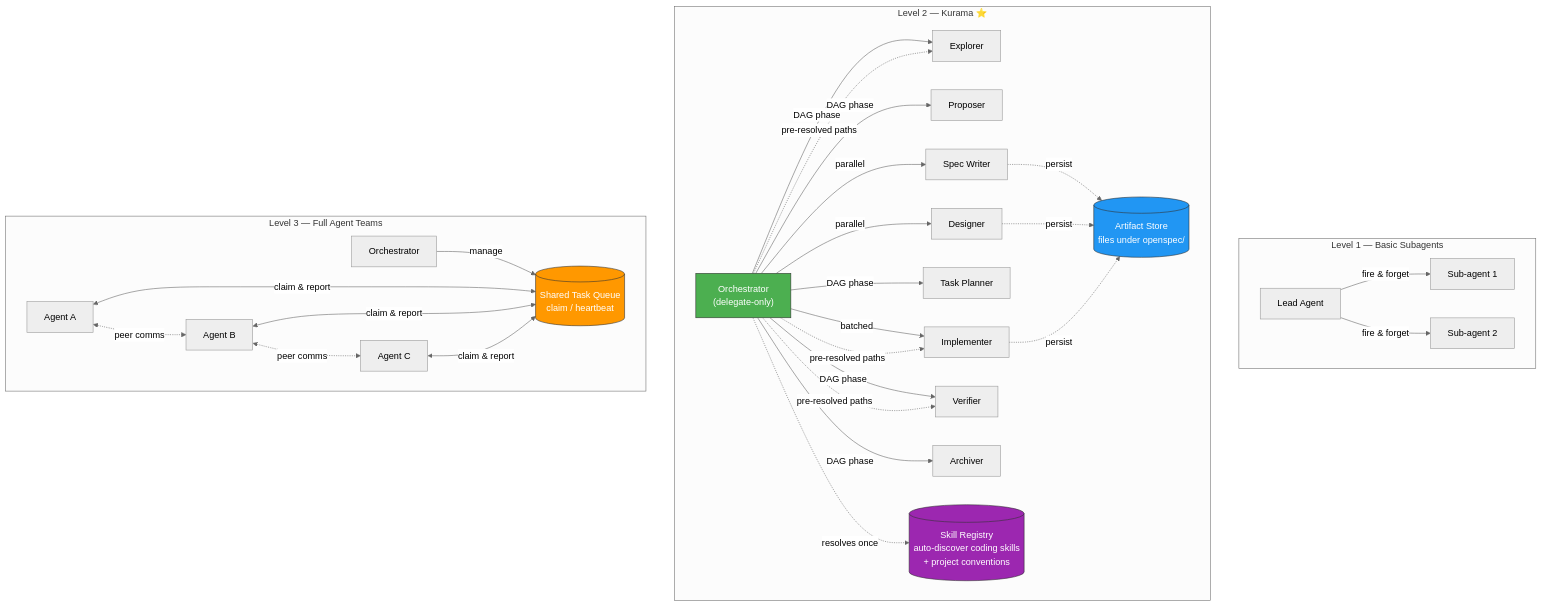
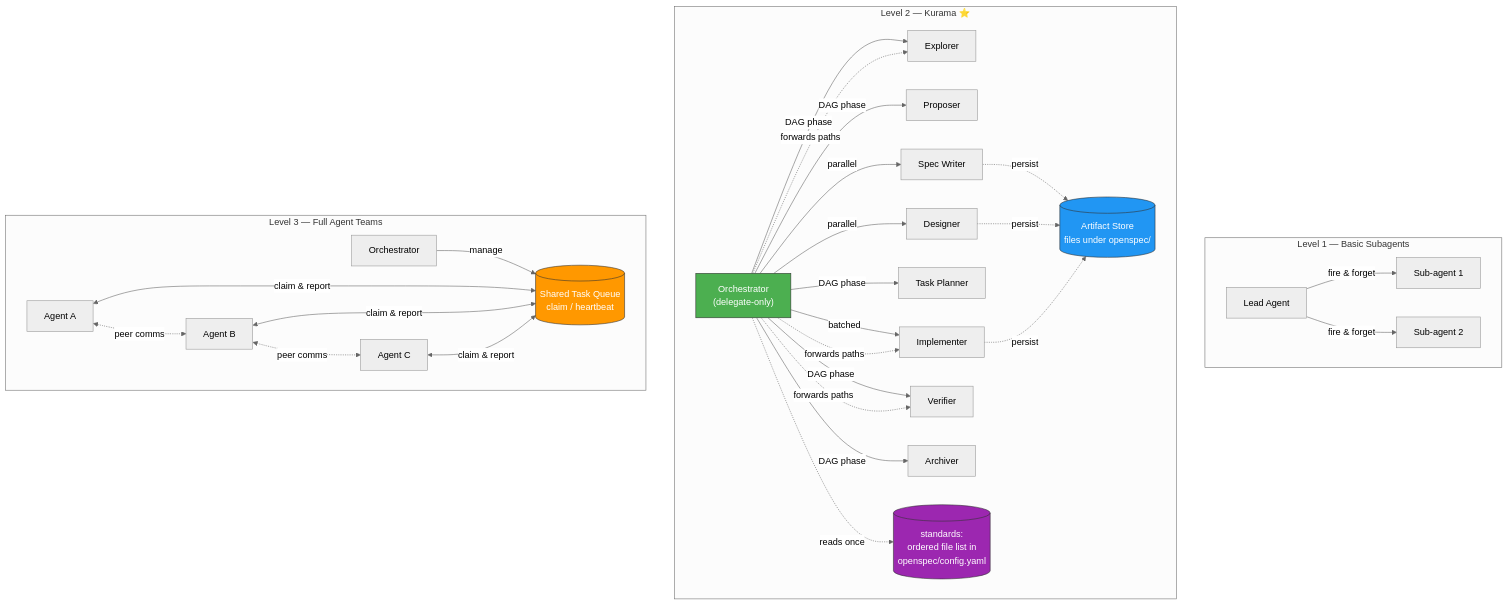
One commit to myst4/kurama changed the diagram in docs/architecture.md. Above: the diagram before and after it, drawn with Mermaid (neutral theme). The commit also changed other lines of this file and 9 other files, not shown here.

First line of the commit message:
docs: the registry is gone, standards: is the documented surface

````diff
--- a/docs/architecture.md
+++ b/docs/architecture.md
@@ -11,61 +11,61 @@
 ```mermaid
 graph TB
     subgraph "Level 1 — Basic Subagents"
         L1_Lead["Lead Agent"]
         L1_Sub1["Sub-agent 1"]
         L1_Sub2["Sub-agent 2"]
         L1_Lead -->|"fire & forget"| L1_Sub1
         L1_Lead -->|"fire & forget"| L1_Sub2
     end
 
     subgraph "Level 2 — Kurama ⭐"
         L2_Orch["Orchestrator<br/>(delegate-only)"]
         L2_Explore["Explorer"]
         L2_Propose["Proposer"]
         L2_Spec["Spec Writer"]
         L2_Design["Designer"]
         L2_Tasks["Task Planner"]
         L2_Apply["Implementer"]
         L2_Verify["Verifier"]
         L2_Archive["Archiver"]
 
         L2_Orch -->|"DAG phase"| L2_Explore
         L2_Orch -->|"DAG phase"| L2_Propose
         L2_Orch -->|"parallel"| L2_Spec
         L2_Orch -->|"parallel"| L2_Design
         L2_Orch -->|"DAG phase"| L2_Tasks
         L2_Orch -->|"batched"| L2_Apply
         L2_Orch -->|"DAG phase"| L2_Verify
         L2_Orch -->|"DAG phase"| L2_Archive
 
         L2_Store[("Artifact Store<br/>files under openspec/")]
-        L2_Registry[("Skill Registry<br/>auto-discover coding skills<br/>+ project conventions")]
+        L2_Standards[("standards:<br/>ordered file list in<br/>openspec/config.yaml")]
         L2_Spec -.->|"persist"| L2_Store
         L2_Design -.->|"persist"| L2_Store
         L2_Apply -.->|"persist"| L2_Store
-        L2_Orch -.->|"resolves once"| L2_Registry
-        L2_Orch -.->|"pre-resolved paths"| L2_Explore
-        L2_Orch -.->|"pre-resolved paths"| L2_Apply
-        L2_Orch -.->|"pre-resolved paths"| L2_Verify
+        L2_Orch -.->|"reads once"| L2_Standards
+        L2_Orch -.->|"forwards paths"| L2_Explore
+        L2_Orch -.->|"forwards paths"| L2_Apply
+        L2_Orch -.->|"forwards paths"| L2_Verify
     end
 
     subgraph "Level 3 — Full Agent Teams"
         L3_Orch["Orchestrator"]
         L3_A1["Agent A"]
         L3_A2["Agent B"]
         L3_A3["Agent C"]
         L3_Queue[("Shared Task Queue<br/>claim / heartbeat")]
 
         L3_Orch -->|"manage"| L3_Queue
         L3_A1 <-->|"claim & report"| L3_Queue
         L3_A2 <-->|"claim & report"| L3_Queue
         L3_A3 <-->|"claim & report"| L3_Queue
         L3_A1 <-.->|"peer comms"| L3_A2
         L3_A2 <-.->|"peer comms"| L3_A3
     end
 
     style L2_Orch fill:#4CAF50,color:#fff,stroke:#333
     style L2_Store fill:#2196F3,color:#fff,stroke:#333
-    style L2_Registry fill:#9C27B0,color:#fff,stroke:#333
+    style L2_Standards fill:#9C27B0,color:#fff,stroke:#333
     style L3_Queue fill:#FF9800,color:#fff,stroke:#333
 ```
````
